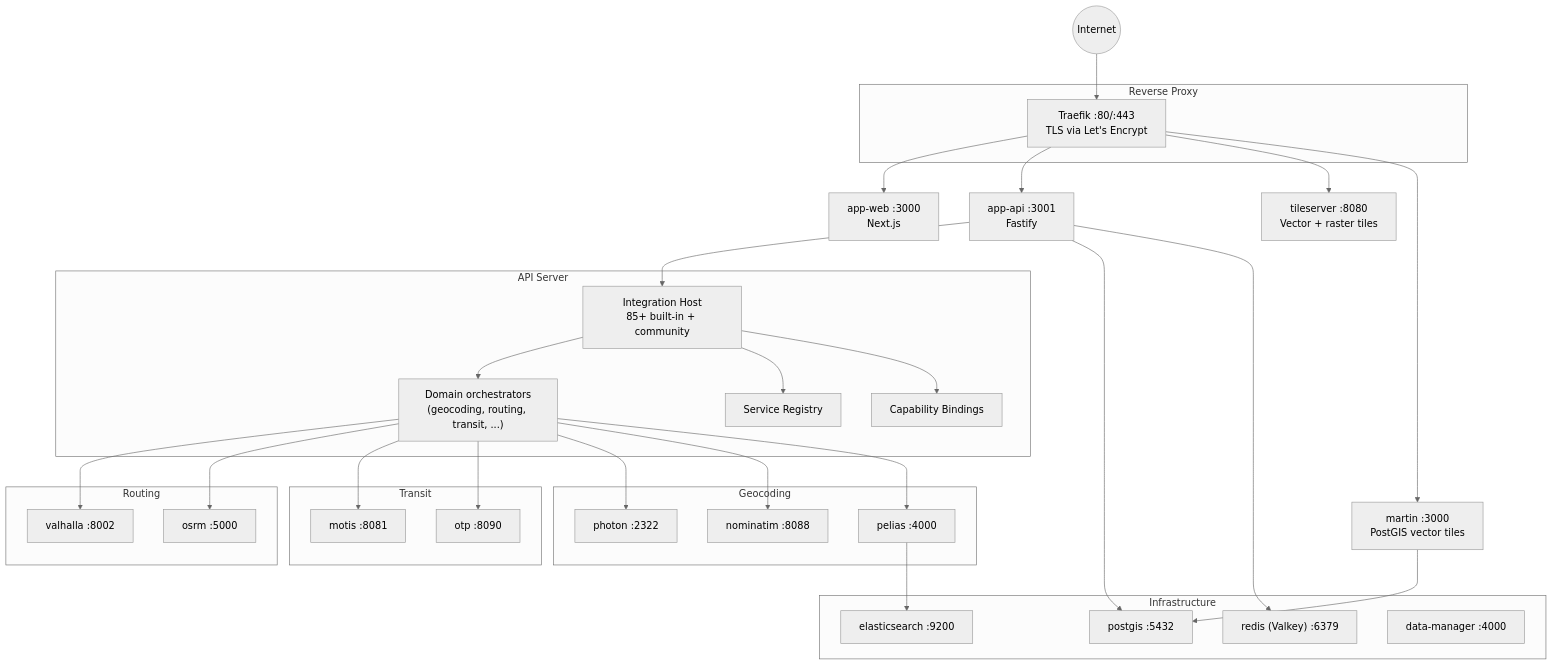
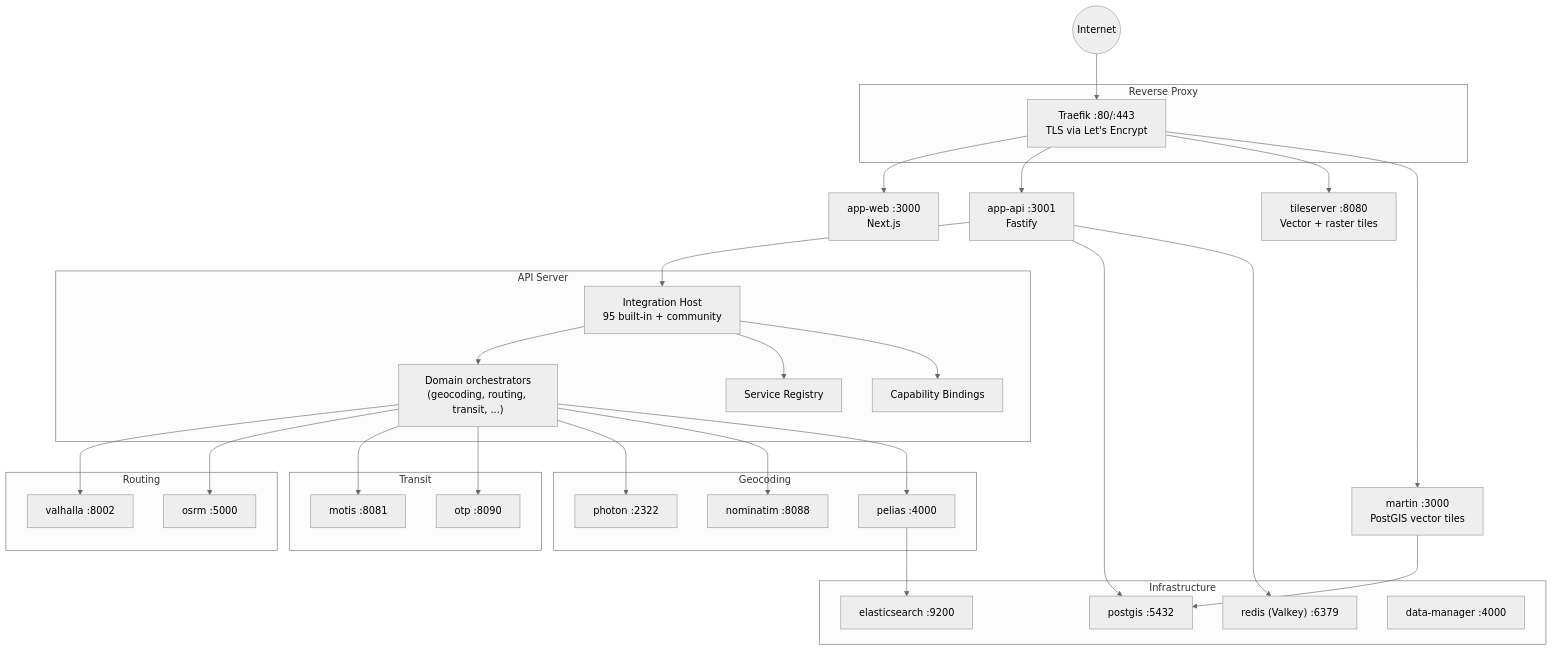
The diagram in README.md (OpenMapX/openmapx), drawn with Mermaid (neutral theme) before and after one commit. The commit also changed other lines of this file and 19 other files, not shown here.

````diff
--- a/README.md
+++ b/README.md
@@ -52,60 +52,60 @@
 ```mermaid
 graph TD
     Internet((Internet)) --> Traefik
 
     subgraph "Reverse Proxy"
         Traefik["Traefik :80/:443<br/>TLS via Let's Encrypt"]
     end
 
     Traefik --> Web["app-web :3000<br/>Next.js"]
     Traefik --> API["app-api :3001<br/>Fastify"]
     Traefik --> TileServer["tileserver :8080<br/>Vector + raster tiles"]
     Traefik --> Martin["martin :3000<br/>PostGIS vector tiles"]
 
     subgraph "API Server"
-        IntHost["Integration Host<br/>85+ built-in + community"]
+        IntHost["Integration Host<br/>95 built-in + community"]
         Orchestrators["Domain orchestrators<br/>(geocoding, routing, transit, ...)"]
         SvcRegistry["Service Registry"]
         Bindings["Capability Bindings"]
     end
 
     API --> IntHost
     IntHost --> Orchestrators
     IntHost --> SvcRegistry
     IntHost --> Bindings
 
     subgraph "Routing"
         Valhalla["valhalla :8002"]
         OSRM["osrm :5000"]
     end
 
     subgraph "Transit"
         MOTIS["motis :8081"]
         OTP["otp :8090"]
     end
 
     subgraph "Geocoding"
         Photon["photon :2322"]
         Nominatim["nominatim :8088"]
         Pelias["pelias :4000"]
     end
 
     subgraph "Infrastructure"
         PG["postgis :5432"]
         Redis["redis (Valkey) :6379"]
         ES["elasticsearch :9200"]
         DM["data-manager :4000"]
     end
 
     Orchestrators --> Valhalla
     Orchestrators --> OSRM
     Orchestrators --> MOTIS
     Orchestrators --> OTP
     Orchestrators --> Photon
     Orchestrators --> Nominatim
     Orchestrators --> Pelias
     API --> PG
     API --> Redis
     Pelias --> ES
     Martin --> PG
 ```
````
